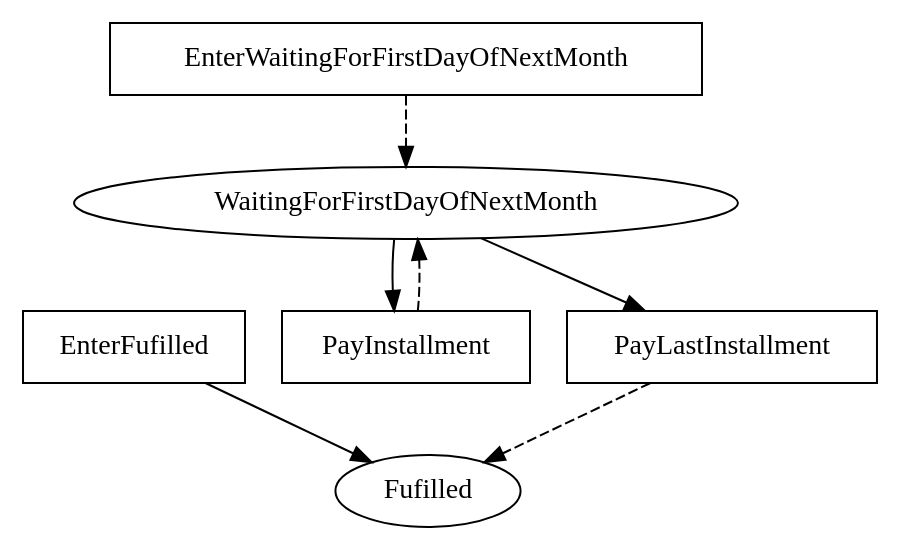
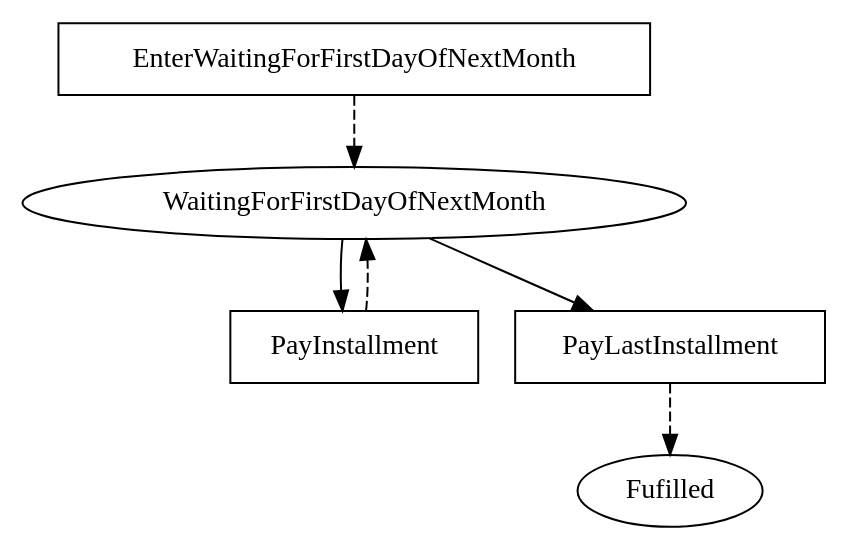
Before and after one commit to Marcao02/complaw-deeptech: the diagram in linear_state_machine_language/pyL4/examples_graphviz_gen/from_academic_lit/hvitved_instalment_sale--simplified_time.dot, drawn with Graphviz. The commit also changed 11 other files, not shown here.

Commit message:
some bugs in graphviz generation, and misc small fixes

```diff
--- a/linear_state_machine_language/pyL4/examples_graphviz_gen/from_academic_lit/hvitved_instalment_sale--simplified_time.dot
+++ b/linear_state_machine_language/pyL4/examples_graphviz_gen/from_academic_lit/hvitved_instalment_sale--simplified_time.dot
@@ -1,21 +1,20 @@
 // THIS IS A GENERATED FILE. DO NOT EDIT.
 
 digraph Instalment_Sale_Hvitved {    
     Fulfilled[label=Fufilled];
     WaitingForFirstDayOfNextMonth[label=WaitingForFirstDayOfNextMonth]
     
-    EnterFulfilled[label=EnterFufilled,shape=box];
+     
     EnterWaitingForFirstDayOfNextMonth[label=EnterWaitingForFirstDayOfNextMonth,shape=box];
 	PayInstallment[label=PayInstallment,shape=box];
 	PayLastInstallment[label=PayLastInstallment,shape=box]    
     
-    EnterFulfilled -> Fulfilled;
+    
     
     WaitingForFirstDayOfNextMonth -> PayInstallment;
 	WaitingForFirstDayOfNextMonth -> PayLastInstallment
     
     EnterWaitingForFirstDayOfNextMonth -> WaitingForFirstDayOfNextMonth [style=dashed];
 	PayInstallment -> WaitingForFirstDayOfNextMonth [style=dashed];
-	PayLastInstallment -> Fulfilled [style=dashed];
-	        
+	PayLastInstallment -> Fulfilled [style=dashed]        
 }
```
